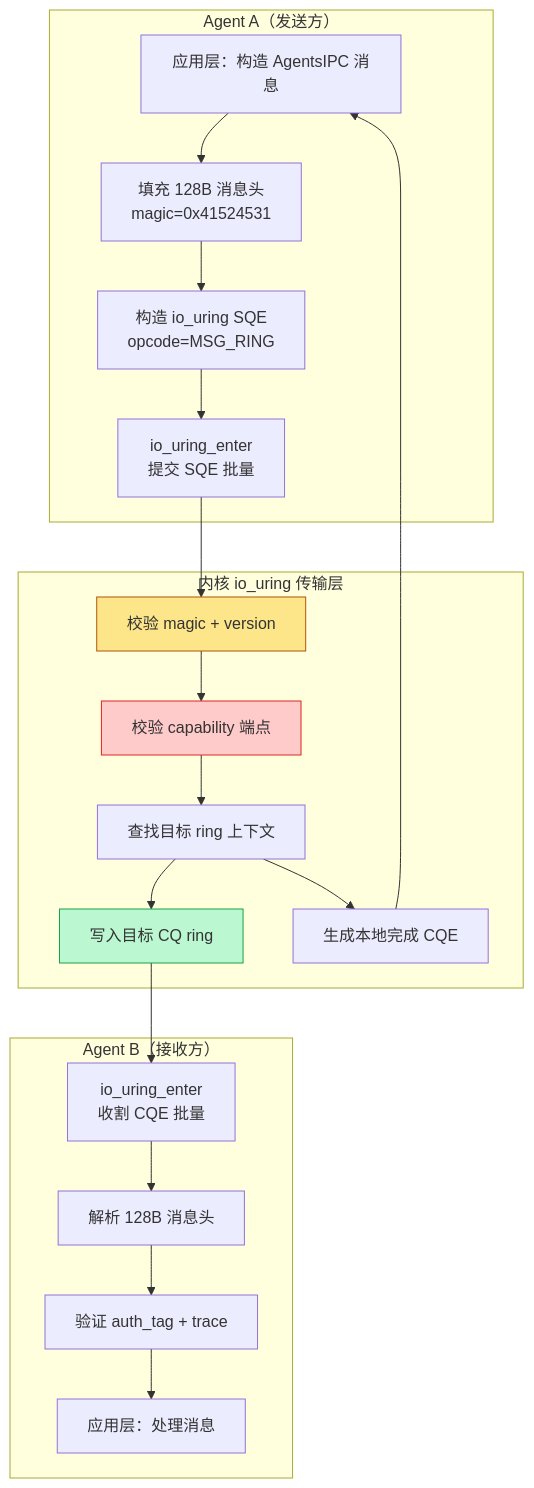
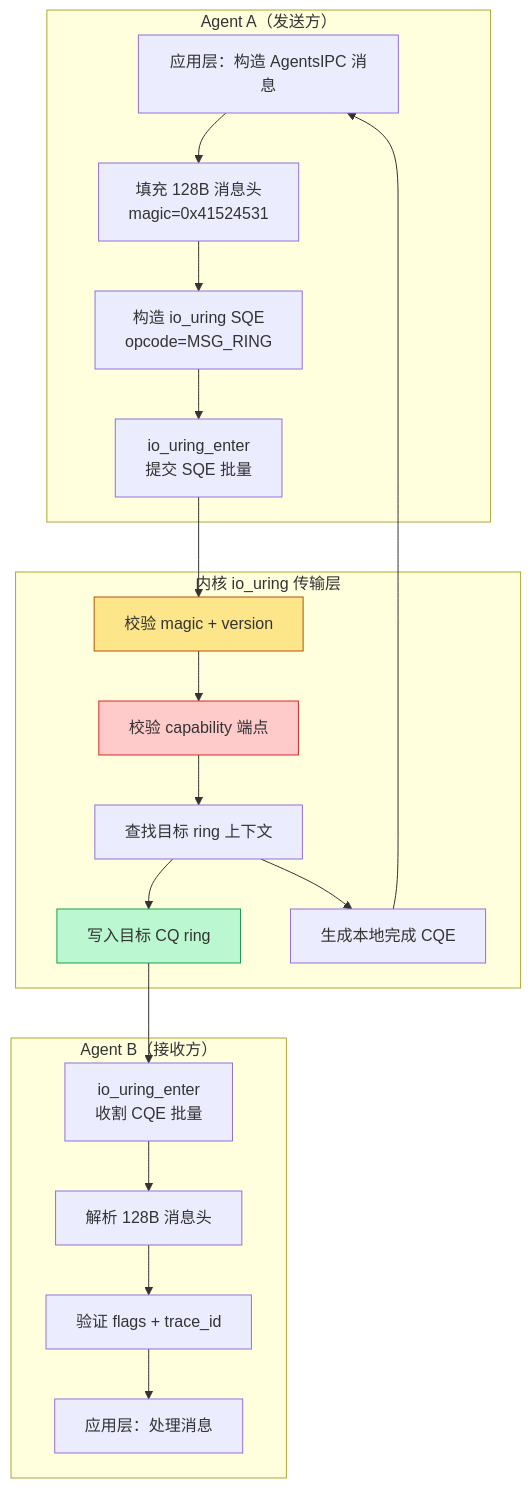
Before and after one commit to openairymax/docs-closed: the fourth of 4 diagrams in agentrt-linux/01-openeuler-tech-reference/06-ipc-spec.md, drawn with Mermaid. The commit also changed other lines of this file and 81 other files, not shown here.

````diff
--- a/agentrt-linux/01-openeuler-tech-reference/06-ipc-spec.md
+++ b/agentrt-linux/01-openeuler-tech-reference/06-ipc-spec.md
@@ -956,33 +954,33 @@
 ```mermaid
 flowchart TB
     subgraph "Agent A（发送方）"
         APP_A[应用层：构造 AgentsIPC 消息]
         HDR_A[填充 128B 消息头<br/>magic=0x41524531]
         SQE_A[构造 io_uring SQE<br/>opcode=MSG_RING]
         ENTER_A[io_uring_enter<br/>提交 SQE 批量]
     end
 
     subgraph "内核 io_uring 传输层"
         VALIDATE[校验 magic + version]
         CHECK_CAP[校验 capability 端点]
         LOOKUP[查找目标 ring 上下文]
         CQE_K[写入目标 CQ ring]
         CQE_A[生成本地完成 CQE]
     end
 
     subgraph "Agent B（接收方）"
         POLL_B[io_uring_enter<br/>收割 CQE 批量]
         HDR_B[解析 128B 消息头]
-        VALIDATE_B[验证 auth_tag + trace]
+        VALIDATE_B[验证 flags + trace_id]
         APP_B[应用层：处理消息]
     end
 
     APP_A --> HDR_A --> SQE_A --> ENTER_A
     ENTER_A --> VALIDATE --> CHECK_CAP --> LOOKUP --> CQE_K
     LOOKUP --> CQE_A --> APP_A
     CQE_K --> POLL_B --> HDR_B --> VALIDATE_B --> APP_B
 
     style VALIDATE fill:#fde68a,stroke:#b45309
     style CHECK_CAP fill:#fecaca,stroke:#dc2626
     style CQE_K fill:#bbf7d0,stroke:#16a34a
 ```
````
